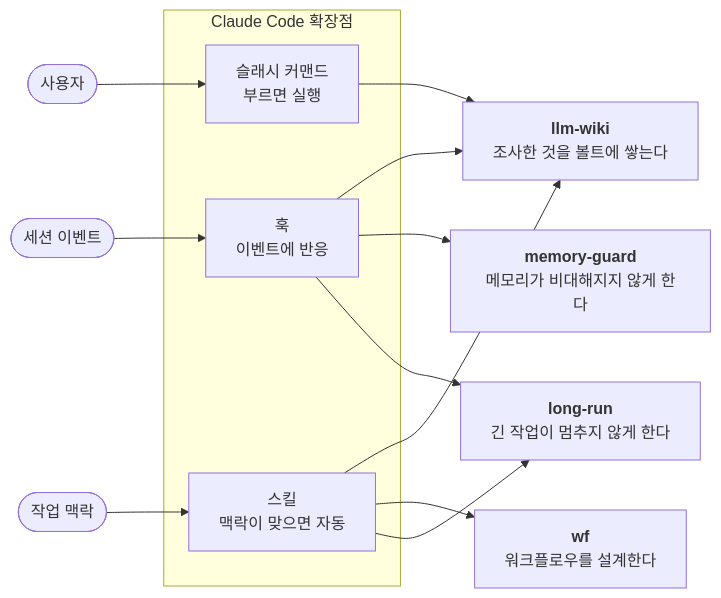
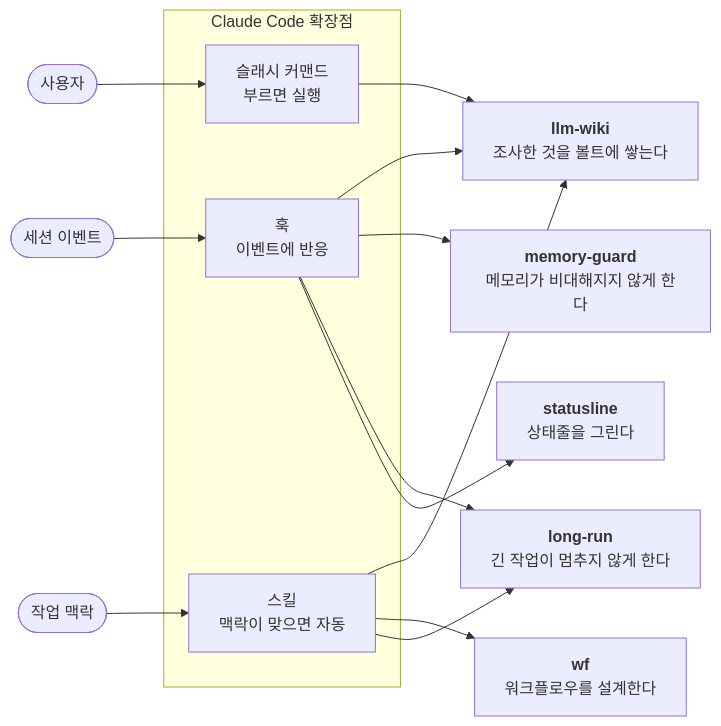
One commit to aydenden/cc-plugins changed the diagram in README.md. Above: the diagram before and after it, drawn with Mermaid. The commit also changed other lines of this file and 24 other files, not shown here.

First line of the commit message:
feat(statusline): mod 로 프롬프트 아래에 상태줄을 그리는 플러그인 (v0.1.0)

````diff
--- a/README.md
+++ b/README.md
@@ -111,25 +134,27 @@
 ```mermaid
 flowchart LR
   U(["사용자"]) --> CMD
   E(["세션 이벤트"]) --> HK
   X(["작업 맥락"]) --> SKL
 
   subgraph EXT["Claude Code 확장점"]
     CMD["슬래시 커맨드<br/>부르면 실행"]
     SKL["스킬<br/>맥락이 맞으면 자동"]
     HK["훅<br/>이벤트에 반응"]
   end
 
   CMD --> LW
   SKL --> LW
   SKL --> WF
   SKL --> LR
   HK  --> LW
   HK  --> MG
   HK  --> LR
+  HK  --> ST
 
   LW["<b>llm-wiki</b><br/>조사한 것을 볼트에 쌓는다"]
   LR["<b>long-run</b><br/>긴 작업이 멈추지 않게 한다"]
   MG["<b>memory-guard</b><br/>메모리가 비대해지지 않게 한다"]
+  ST["<b>statusline</b><br/>상태줄을 그린다"]
   WF["<b>wf</b><br/>워크플로우를 설계한다"]
 ```
````
